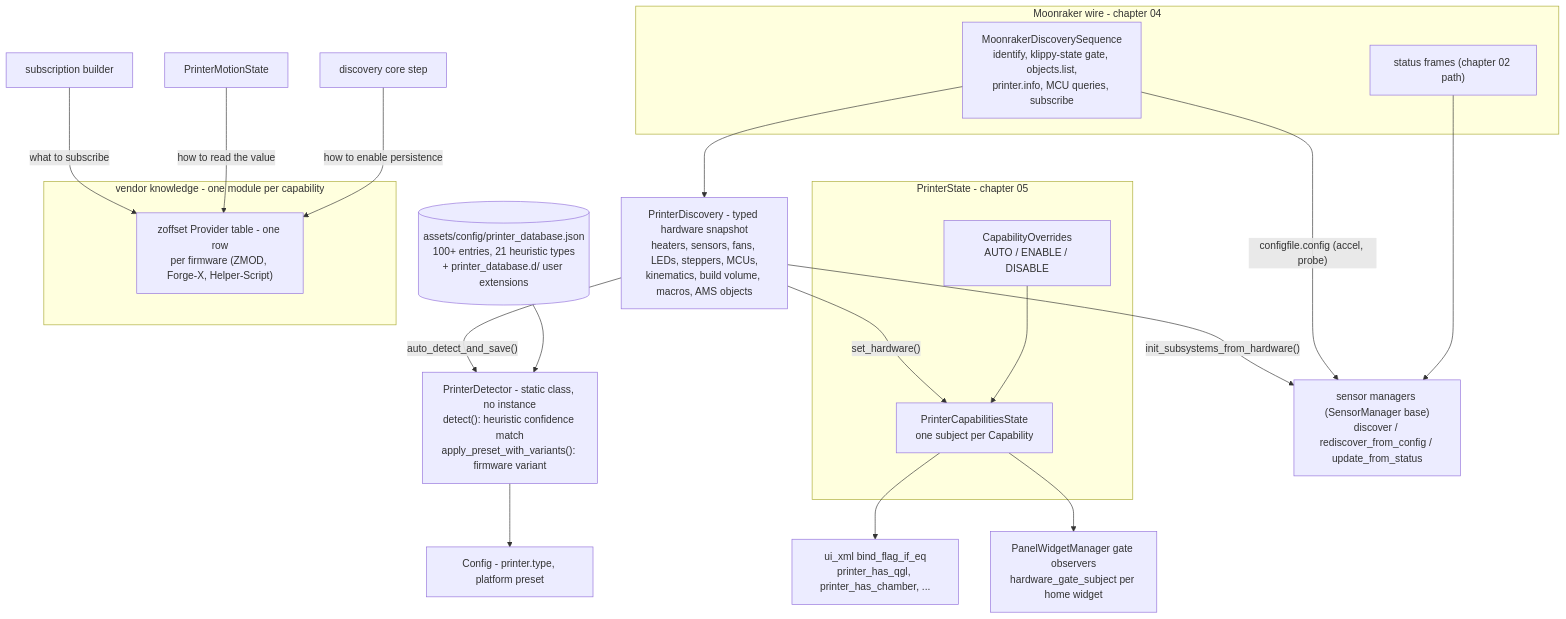
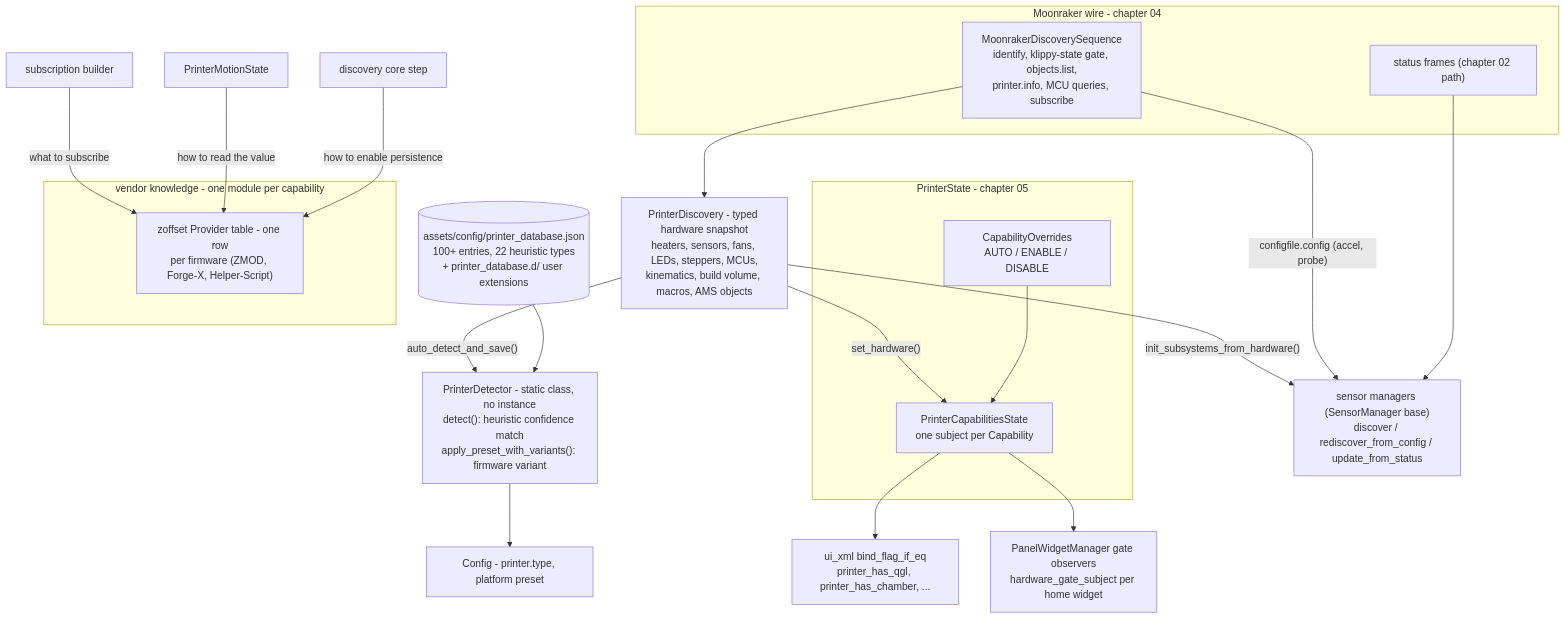
One commit to prestonbrown/helixscreen changed the diagram in docs/devel/architecture/06-discovery-capabilities.md. Above: the diagram before and after it, drawn with Mermaid. The commit also changed other lines of this file and 122 other files, not shown here.

````diff
--- a/docs/devel/architecture/06-discovery-capabilities.md
+++ b/docs/devel/architecture/06-discovery-capabilities.md
@@ -5,44 +5,44 @@
 ```mermaid
 flowchart TB
     subgraph WIRE["Moonraker wire - chapter 04"]
         SEQ["MoonrakerDiscoverySequence<br/>identify, klippy-state gate, objects.list,<br/>printer.info, MCU queries, subscribe"]
         ST["status frames (chapter 02 path)"]
     end
 
     PD["PrinterDiscovery - typed hardware snapshot<br/>heaters, sensors, fans, LEDs, steppers, MCUs,<br/>kinematics, build volume, macros, AMS objects"]
     DET["PrinterDetector - static class, no instance<br/>detect(): heuristic confidence match<br/>apply_preset_with_variants(): firmware variant"]
-    DB[("assets/config/printer_database.json<br/>100+ entries, 21 heuristic types<br/>+ printer_database.d/ user extensions")]
+    DB[("assets/config/printer_database.json<br/>100+ entries, 22 heuristic types<br/>+ printer_database.d/ user extensions")]
     CFG["Config - printer.type, platform preset"]
 
     subgraph STATE["PrinterState - chapter 05"]
         kCap["PrinterCapabilitiesState<br/>one subject per Capability"]
         OVR["CapabilityOverrides<br/>AUTO / ENABLE / DISABLE"]
     end
 
     UIXML["ui_xml bind_flag_if_eq<br/>printer_has_qgl, printer_has_chamber, ..."]
     GATES["PanelWidgetManager gate observers<br/>hardware_gate_subject per home widget"]
     MGR["sensor managers (SensorManager base)<br/>discover / rediscover_from_config / update_from_status"]
 
     subgraph VENDOR["vendor knowledge - one module per capability"]
         ZO["zoffset Provider table - one row<br/>per firmware (ZMOD, Forge-X, Helper-Script)"]
     end
 
     ASK1["subscription builder"]
     ASK2["PrinterMotionState"]
     ASK3["discovery core step"]
 
     SEQ --> PD
     PD -->|"auto_detect_and_save()"| DET
     DB --> DET
     DET --> CFG
     PD -->|"set_hardware()"| kCap
     OVR --> kCap
     kCap --> UIXML
     kCap --> GATES
     PD -->|"init_subsystems_from_hardware()"| MGR
     SEQ -->|"configfile.config (accel, probe)"| MGR
     ST --> MGR
     ASK1 -->|"what to subscribe"| ZO
     ASK2 -->|"how to read the value"| ZO
     ASK3 -->|"how to enable persistence"| ZO
 ```
````
